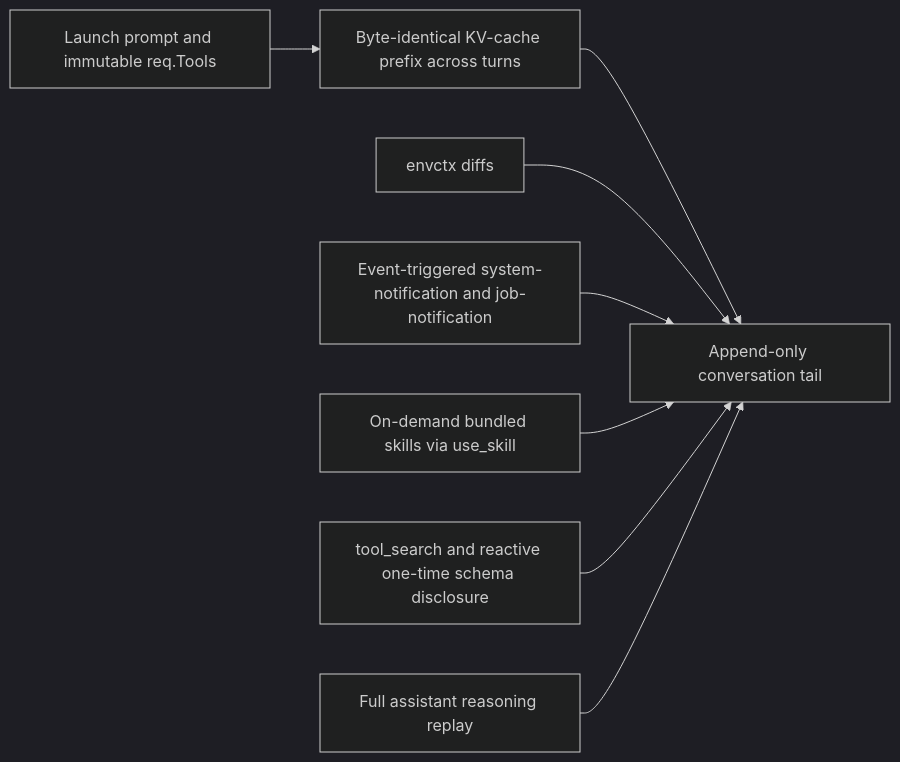
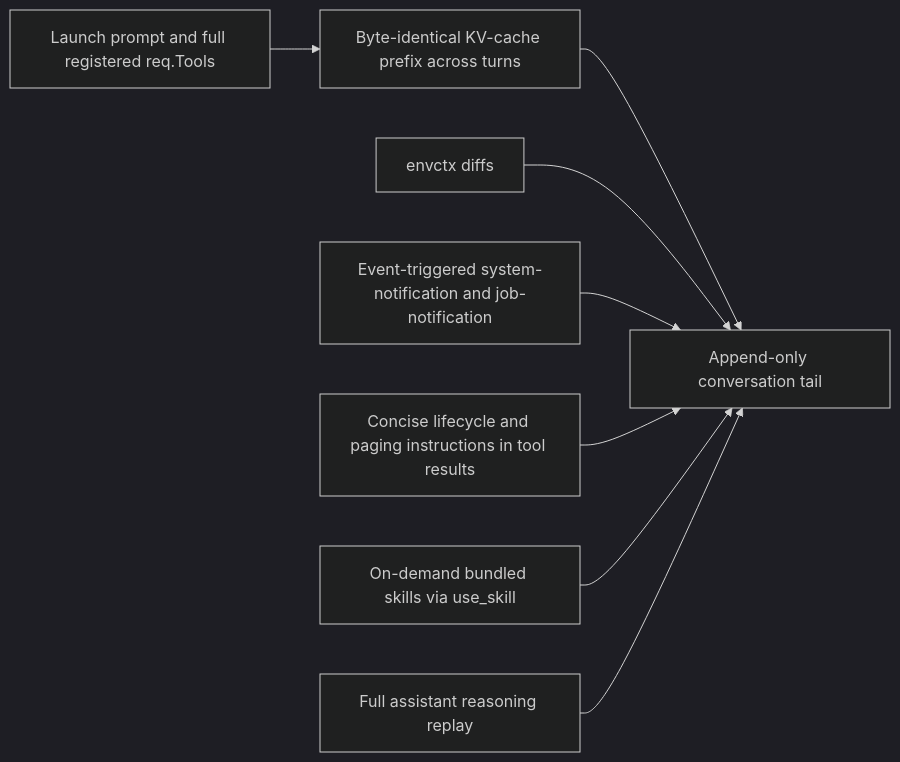
Before and after one commit to prime-radiant-inc/evener: the diagram in docs/developing-evener/system-prompting.md, drawn with Mermaid (dark theme). The commit also changed other lines of this file, not shown here.

First line of the commit message:
docs(developing-evener): reflect shipped full tool schemas and scope deferral guidance

````diff
--- a/docs/developing-evener/system-prompting.md
+++ b/docs/developing-evener/system-prompting.md
@@ -9,10 +9,10 @@
 ```mermaid
 flowchart LR
-  Launch[Launch prompt and immutable req.Tools] --> Cache[Byte-identical KV-cache prefix across turns]
+  Launch[Launch prompt and full registered req.Tools] --> Cache[Byte-identical KV-cache prefix across turns]
   Cache --> Tail[Append-only conversation tail]
   Env[envctx diffs] --> Tail
   Notif[Event-triggered system-notification and job-notification] --> Tail
+  Results[Concise lifecycle and paging instructions in tool results] --> Tail
   Skills[On-demand bundled skills via use_skill] --> Tail
-  Schema[tool_search and reactive one-time schema disclosure] --> Tail
   Replay[Full assistant reasoning replay] --> Tail
 ```
````
